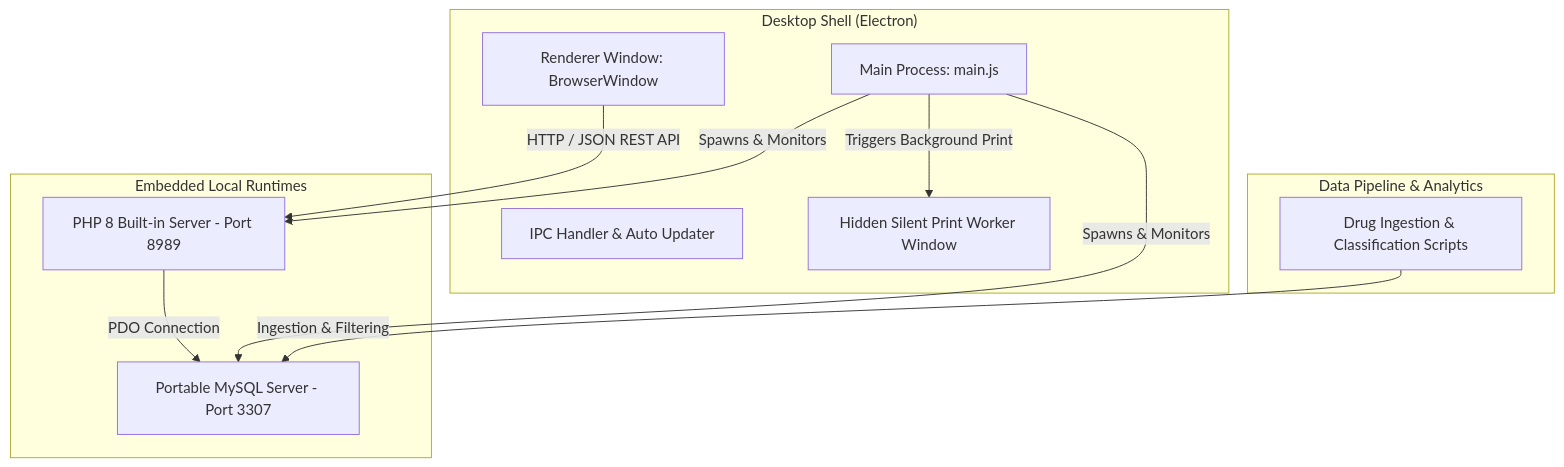
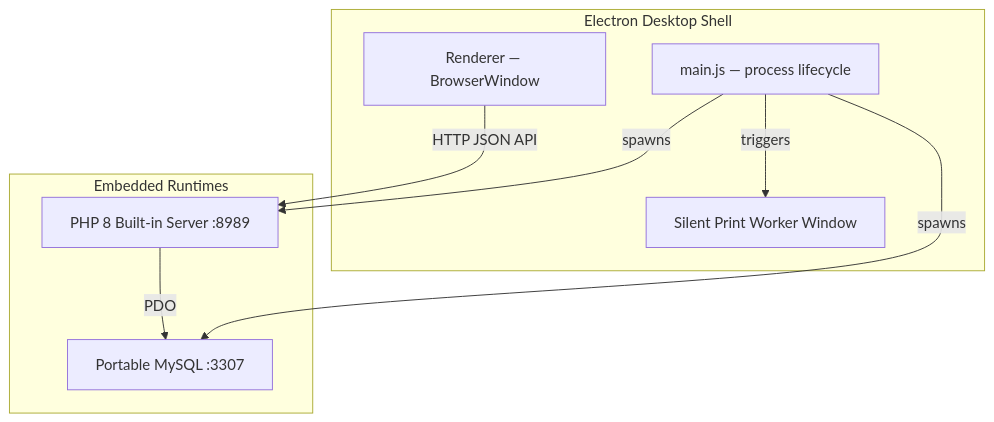
The diagram in README.md (HMAHD/CureRxPro), drawn with Mermaid before and after one commit. The commit also changed other lines of this file, not shown here.

First line of the commit message:
docs: rewrite README — clean modern layout, no emojis, accurate bun/PHP commands

````diff
--- a/README.md
+++ b/README.md
@@ -38,25 +40,19 @@
 ```mermaid
 graph TD
-    subgraph DesktopShell["Desktop Shell (Electron)"]
-        Main["Main Process: main.js"]
-        IPC["IPC Handler & Auto Updater"]
-        PrintWorker["Hidden Silent Print Worker Window"]
-        UI["Renderer Window: BrowserWindow"]
+    subgraph Shell["Electron Desktop Shell"]
+        Main["main.js — process lifecycle"]
+        PrintWorker["Silent Print Worker Window"]
+        UI["Renderer — BrowserWindow"]
     end
 
-    subgraph EmbeddedRuntimes["Embedded Local Runtimes"]
-        PHP["PHP 8 Built-in Server - Port 8989"]
-        MySQL["Portable MySQL Server - Port 3307"]
+    subgraph Runtimes["Embedded Runtimes"]
+        PHP["PHP 8 Built-in Server :8989"]
+        MySQL["Portable MySQL :3307"]
     end
 
-    subgraph DataPipeline["Data Pipeline & Analytics"]
-        PythonScripts["Drug Ingestion & Classification Scripts"]
-    end
-
-    UI -->|HTTP / JSON REST API| PHP
-    PHP -->|PDO Connection| MySQL
-    Main -->|Spawns & Monitors| PHP
-    Main -->|Spawns & Monitors| MySQL
-    Main -->|Triggers Background Print| PrintWorker
-    PythonScripts -->|Ingestion & Filtering| MySQL
+    UI -->|HTTP JSON API| PHP
+    PHP -->|PDO| MySQL
+    Main -->|spawns| PHP
+    Main -->|spawns| MySQL
+    Main -->|triggers| PrintWorker
 ```
````
